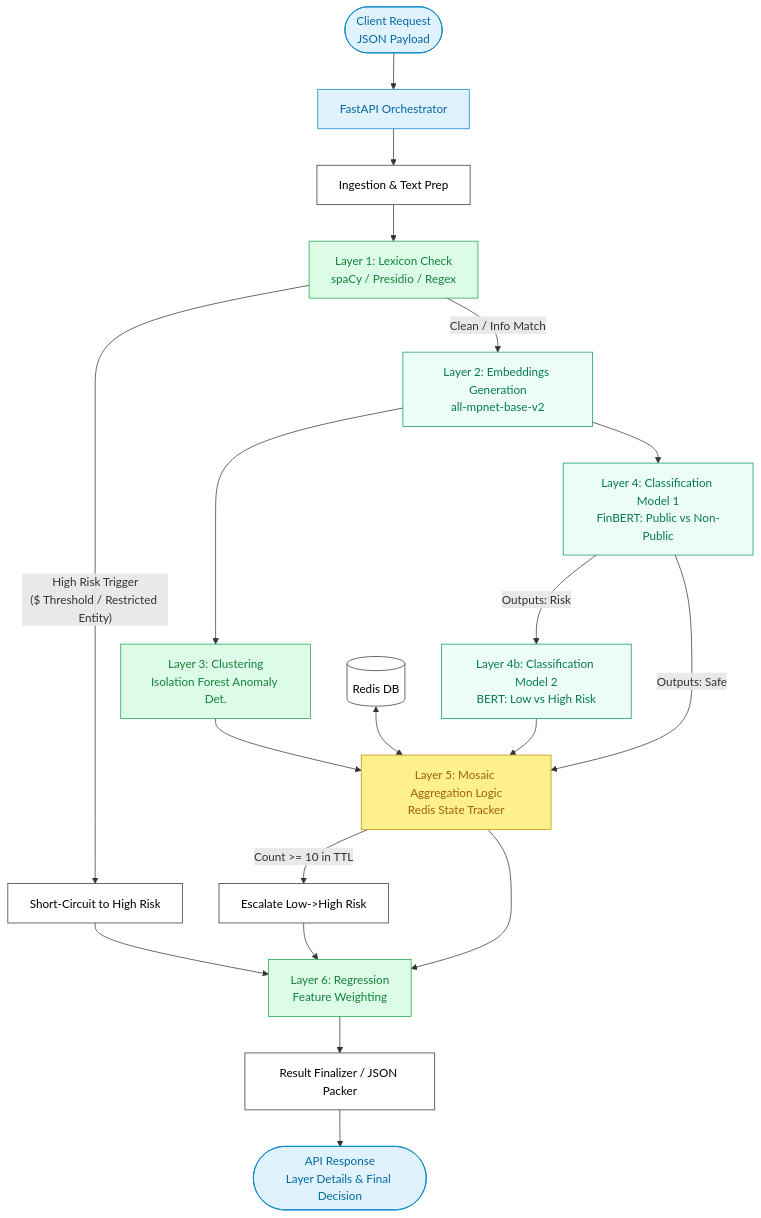
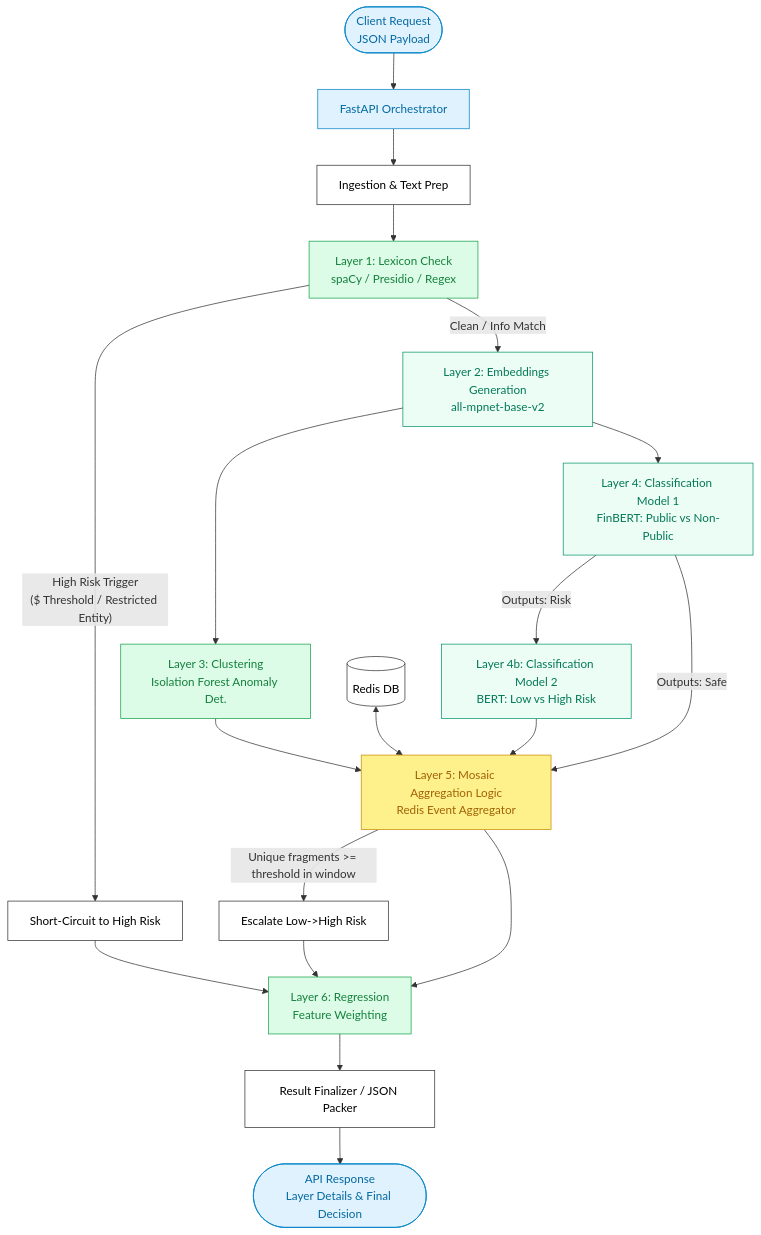
One commit to gongahkia/junas changed the diagram in docs/architecture.md. Above: the diagram before and after it, drawn with Mermaid. The commit also changed other lines of this file and 7 other files, not shown here.

````diff
--- a/docs/architecture.md
+++ b/docs/architecture.md
@@ -33,58 +33,58 @@
 ```mermaid
 flowchart TD
     %% Define Styles
     classDef default fill:#fff,stroke:#333,stroke-width:1px,color:#000;
     classDef io fill:#e0f2fe,stroke:#0284c7,color:#0369a1;
     classDef model fill:#dcfce7,stroke:#16a34a,color:#15803d;
     classDef modelAlt fill:#ecfdf5,stroke:#059669,color:#047857;
     classDef state fill:#fef08a,stroke:#ca8a04,color:#a16207;
 
     %% Ingestion
     Client([Client Request<br/>JSON Payload]) --> FastAPI[FastAPI Orchestrator]
     class Client io;
     class FastAPI io;
 
     FastAPI --> Ingestion[Ingestion & Text Prep]
 
     %% Layer 1
     Ingestion --> L1[Layer 1: Lexicon Check<br/>spaCy / Presidio / Regex]
     class L1 model;
 
     L1 -- "High Risk Trigger<br/>($ Threshold / Restricted Entity)" --> ShortCircuit[Short-Circuit to High Risk]
     
     %% Proceed if no short circuit
     L1 -- "Clean / Info Match" --> L2[Layer 2: Embeddings Generation<br/>all-mpnet-base-v2]
     class L2 modelAlt;
 
     %% Flow branches
     L2 --> L3[Layer 3: Clustering<br/>Isolation Forest Anomaly Det.]
     class L3 model;
     
     L2 --> L4[Layer 4: Classification Model 1<br/>FinBERT: Public vs Non-Public]
     class L4 modelAlt;
 
     %% Conditional Model 2
     L4 -- "Outputs: Risk" --> L4b[Layer 4b: Classification Model 2<br/>BERT: Low vs High Risk]
     class L4b modelAlt;
     L4 -- "Outputs: Safe" --> L5
     
     %% Convergence to Mosaic 
-    L3 --> L5[Layer 5: Mosaic Aggregation Logic<br/>Redis State Tracker]
+    L3 --> L5[Layer 5: Mosaic Aggregation Logic<br/>Redis Event Aggregator]
     L4b --> L5
     class L5 state;
     
     Redis[(Redis DB)] <--> L5
 
-    L5 -- "Count >= 10 in TTL" --> Escalate[Escalate Low->High Risk]
+    L5 -- "Unique fragments >= threshold in window" --> Escalate[Escalate Low->High Risk]
 
     %% Regression Convergence
     L5 --> Reg[Layer 6: Regression<br/>Feature Weighting]
     class Reg model;
     ShortCircuit --> Reg
     Escalate --> Reg
 
     %% Final Output
     Reg --> Finalizer[Result Finalizer / JSON Packer]
     Finalizer --> Response([API Response<br/>Layer Details & Final Decision])
     class Response io;
 ```
````
